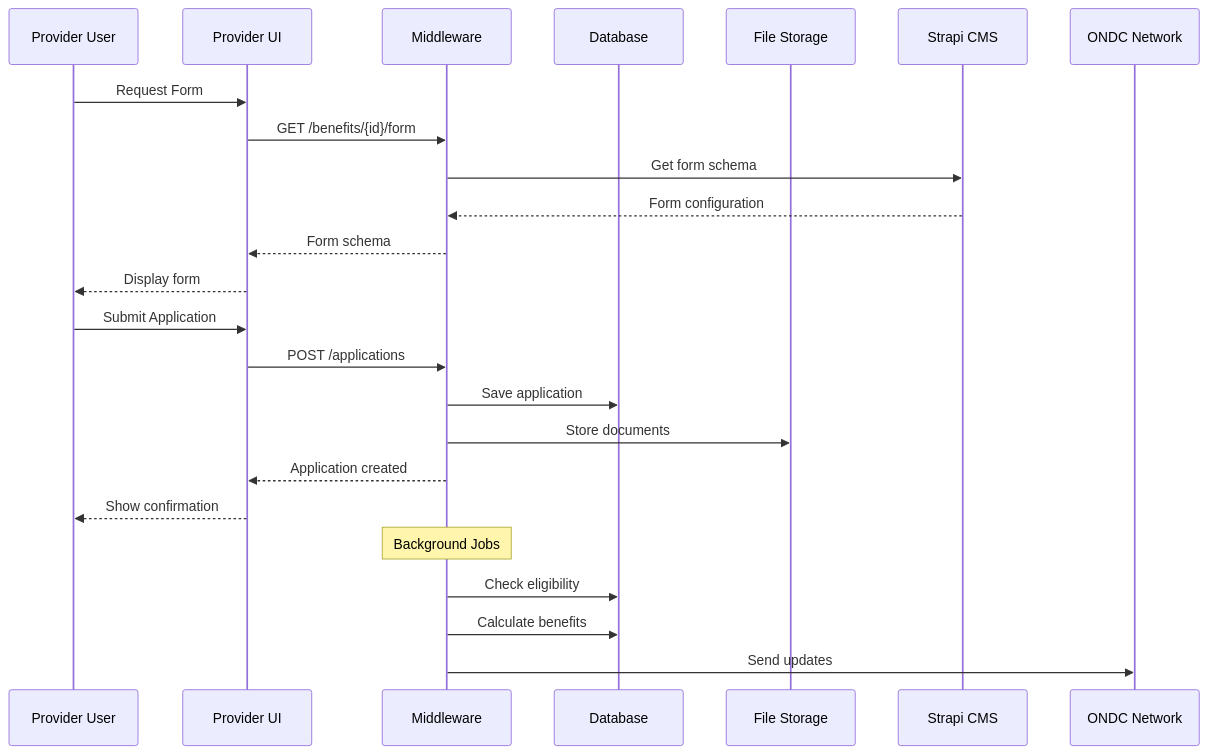
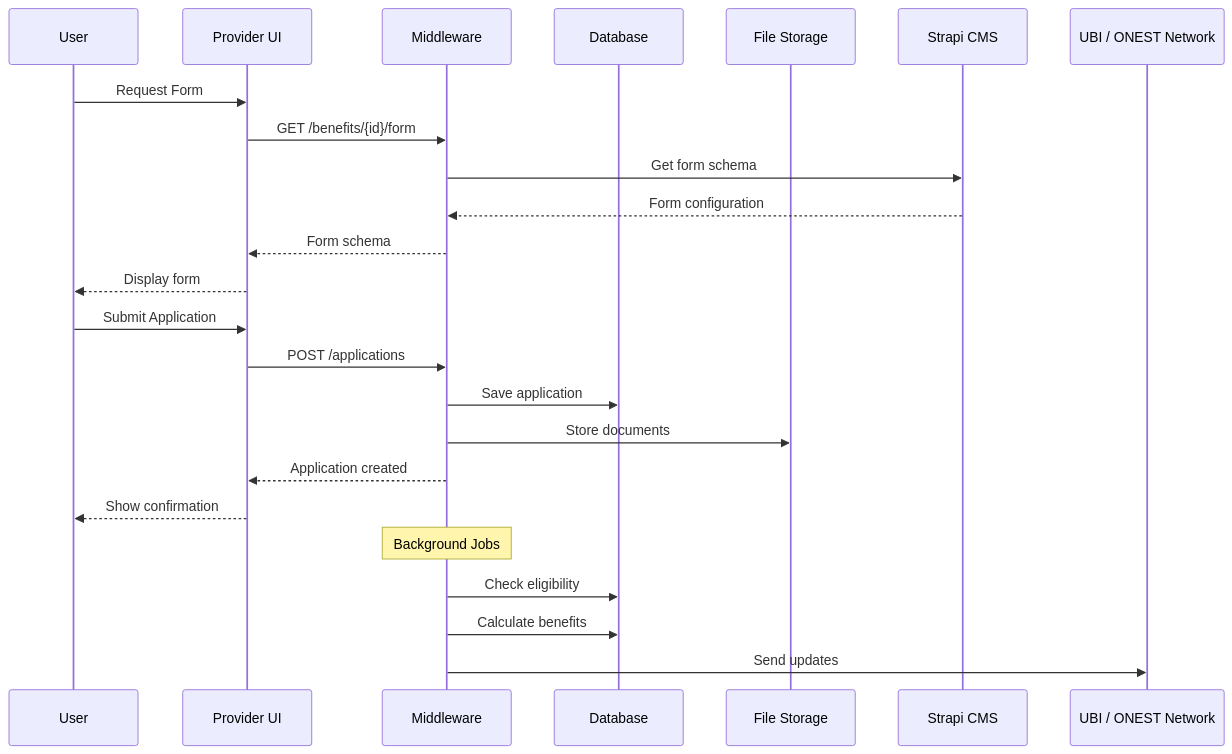
The fourth of 5 diagrams in docs/arch-diagram1.md (rajnishdargan/ubi-strapi-provider-mw), drawn with Mermaid before and after one commit. The commit also changed other lines of this file and 2 other files, not shown here.

Commit message:
Issue #246252 chore: Adding diagrams

````diff
--- a/docs/arch-diagram1.md
+++ b/docs/arch-diagram1.md
@@ -102,32 +102,32 @@
 ```mermaid
 sequenceDiagram
-    participant User as Provider User
+    participant User as User
     participant UI as Provider UI
     participant MW as Middleware
     participant DB as Database
     participant FS as File Storage
     participant CMS as Strapi CMS
-    participant ONDC as ONDC Network
+    participant ONDC as UBI / ONEST Network
 
     %% Get Form
     User->>UI: Request Form
     UI->>MW: GET /benefits/{id}/form
     MW->>CMS: Get form schema
     CMS-->>MW: Form configuration
     MW-->>UI: Form schema
     UI-->>User: Display form
 
     %% Submit Application
     User->>UI: Submit Application
     UI->>MW: POST /applications
     MW->>DB: Save application
     MW->>FS: Store documents
     MW-->>UI: Application created
     UI-->>User: Show confirmation
 
     %% Background Processing
     Note over MW: Background Jobs
     MW->>DB: Check eligibility
     MW->>DB: Calculate benefits
     MW->>ONDC: Send updates
 ```
````
